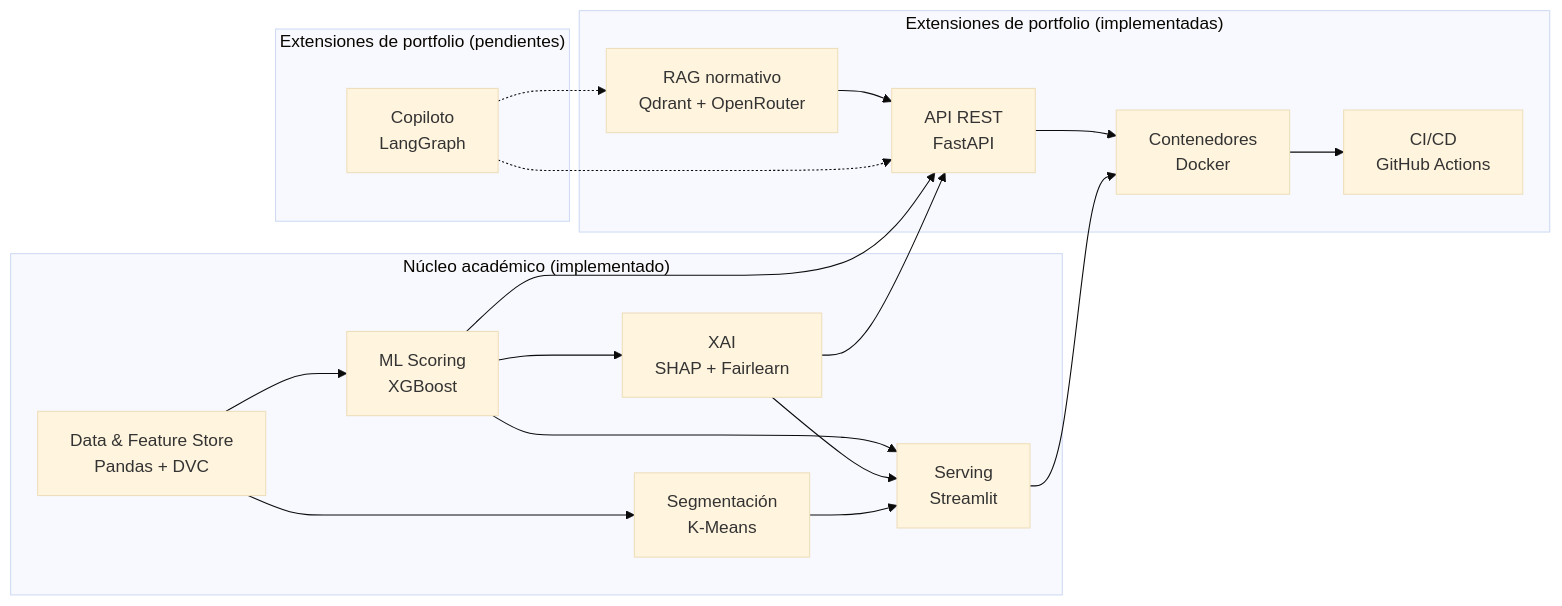
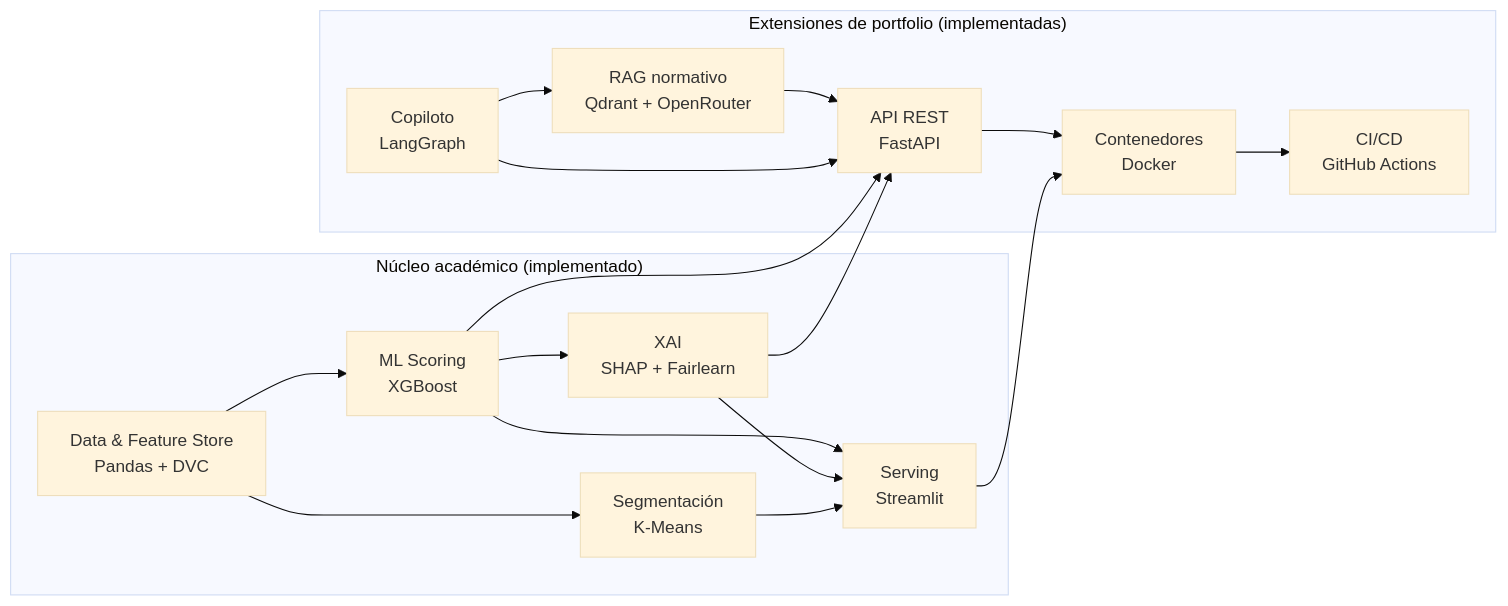
The diagram in README.md (lorenzotomasdiez/credixai), drawn with Mermaid (base theme) before and after one commit. The commit also changed other lines of this file and 22 other files, not shown here.

````diff
--- a/README.md
+++ b/README.md
@@ -16,28 +16,26 @@
 ```mermaid
 flowchart LR
     subgraph nucleo["Núcleo académico (implementado)"]
         data["Data & Feature Store\nPandas + DVC"] --> ml["ML Scoring\nXGBoost"]
         ml --> xai["XAI\nSHAP + Fairlearn"]
         ml --> serving["Serving\nStreamlit"]
         xai --> serving
         data --> cluster["Segmentación\nK-Means"]
         cluster --> serving
     end
     subgraph impl_ext["Extensiones de portfolio (implementadas)"]
         api["API REST\nFastAPI"]
         docker["Contenedores\nDocker"]
         cicd["CI/CD\nGitHub Actions"]
         rag["RAG normativo\nQdrant + OpenRouter"]
-    end
-    subgraph pending_ext["Extensiones de portfolio (pendientes)"]
         agent["Copiloto\nLangGraph"]
     end
     ml --> api
     xai --> api
     api --> docker
     serving --> docker
     docker --> cicd
     rag --> api
-    agent -.-> api
-    agent -.-> rag
+    agent --> api
+    agent --> rag
 ```
````
